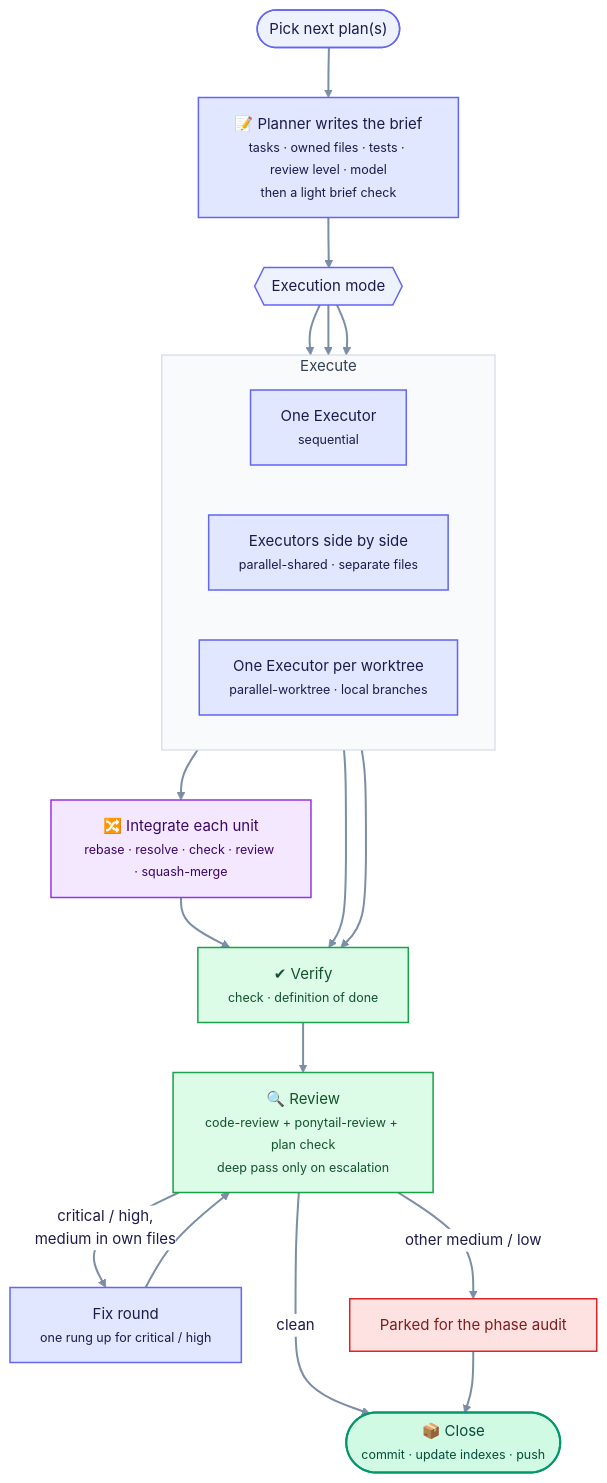
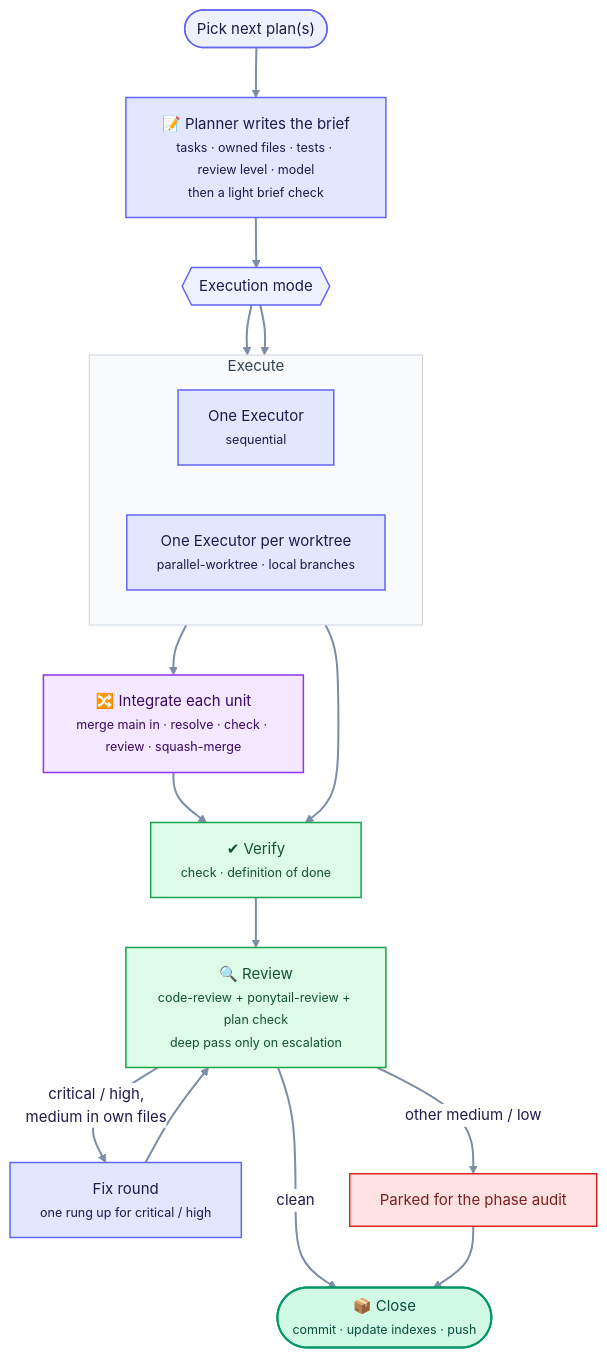
One commit to llunde/lelstack changed the third of 6 diagrams in autonomous-build-workflow/README.md. Above: the diagram before and after it, drawn with Mermaid. The commit also changed other lines of this file and 11 other files, not shown here.

Commit message:
refactor(workflow): drop parallel-shared, give Contract tasks a dispatch, merge instead of rebase when integrating

````diff
--- a/autonomous-build-workflow/README.md
+++ b/autonomous-build-workflow/README.md
@@ -178,38 +178,37 @@
 ```mermaid
 %%{init: {"theme": "base", "themeVariables": {"fontFamily": "-apple-system, Segoe UI, Helvetica, Arial, sans-serif", "fontSize": "15px", "primaryColor": "#EEF2FF", "primaryBorderColor": "#6366F1", "primaryTextColor": "#1E1B4B", "lineColor": "#7C8DA6", "clusterBkg": "#F8FAFC", "clusterBorder": "#CBD5E1", "edgeLabelBackground": "#FFFFFF", "tertiaryColor": "#F8FAFC"}}}%%
 flowchart TD
     P(["Pick next plan(s)"]) --> PL["📝 Planner writes the brief<br/><small>tasks · owned files · tests · review level · model<br/>then a light brief check</small>"]
     PL --> X{{"Execution mode"}}
     subgraph EXEC["Execute"]
         direction LR
         S["One Executor<br/><small>sequential</small>"]
-        PS["Executors side by side<br/><small>parallel-shared · separate files</small>"]
         PW["One Executor per worktree<br/><small>parallel-worktree · local branches</small>"]
     end
-    X --> S & PS & PW
-    PW --> INT["🔀 Integrate each unit<br/><small>rebase · resolve · check · review · squash-merge</small>"]
-    S & PS --> V
+    X --> S & PW
+    PW --> INT["🔀 Integrate each unit<br/><small>merge main in · resolve · check · review · squash-merge</small>"]
+    S --> V
     INT --> V["✔ Verify<br/><small>check · definition of done</small>"]
     V --> R["🔍 Review<br/><small>code-review + ponytail-review + plan check<br/>deep pass only on escalation</small>"]
     R -->|critical / high,<br/>medium in own files| FX["Fix round<br/><small>one rung up for critical / high</small>"]
     FX --> R
     R -->|other medium / low| PA["Parked for the phase audit"]
     R -->|clean| CL(["📦 Close<br/><small>commit · update indexes · push</small>"])
     PA --> CL
 
     classDef default fill:#EEF2FF,stroke:#6366F1,stroke-width:1.5px,color:#1E1B4B
     classDef human fill:#FEF3C7,stroke:#D97706,stroke-width:2px,color:#78350F
     classDef agent fill:#E0E7FF,stroke:#6366F1,stroke-width:1.5px,color:#1E1B4B
     classDef check fill:#DCFCE7,stroke:#16A34A,stroke-width:1.5px,color:#14532D
     classDef git fill:#F3E8FF,stroke:#9333EA,stroke-width:1.5px,color:#3B0764
     classDef stop fill:#FEE2E2,stroke:#DC2626,stroke-width:1.5px,color:#7F1D1D
     classDef done fill:#D1FAE5,stroke:#059669,stroke-width:2px,color:#064E3B
     classDef lead fill:#4F46E5,stroke:#312E81,stroke-width:2px,color:#FFFFFF
     linkStyle default stroke-width:2px
-    class PL,S,PS,PW,FX agent
+    class PL,S,PW,FX agent
     class INT git
     class V,R check
     class PA stop
     class CL done
     style EXEC fill:#F8FAFC,stroke:#CBD5E1,color:#334155
 ```
````
